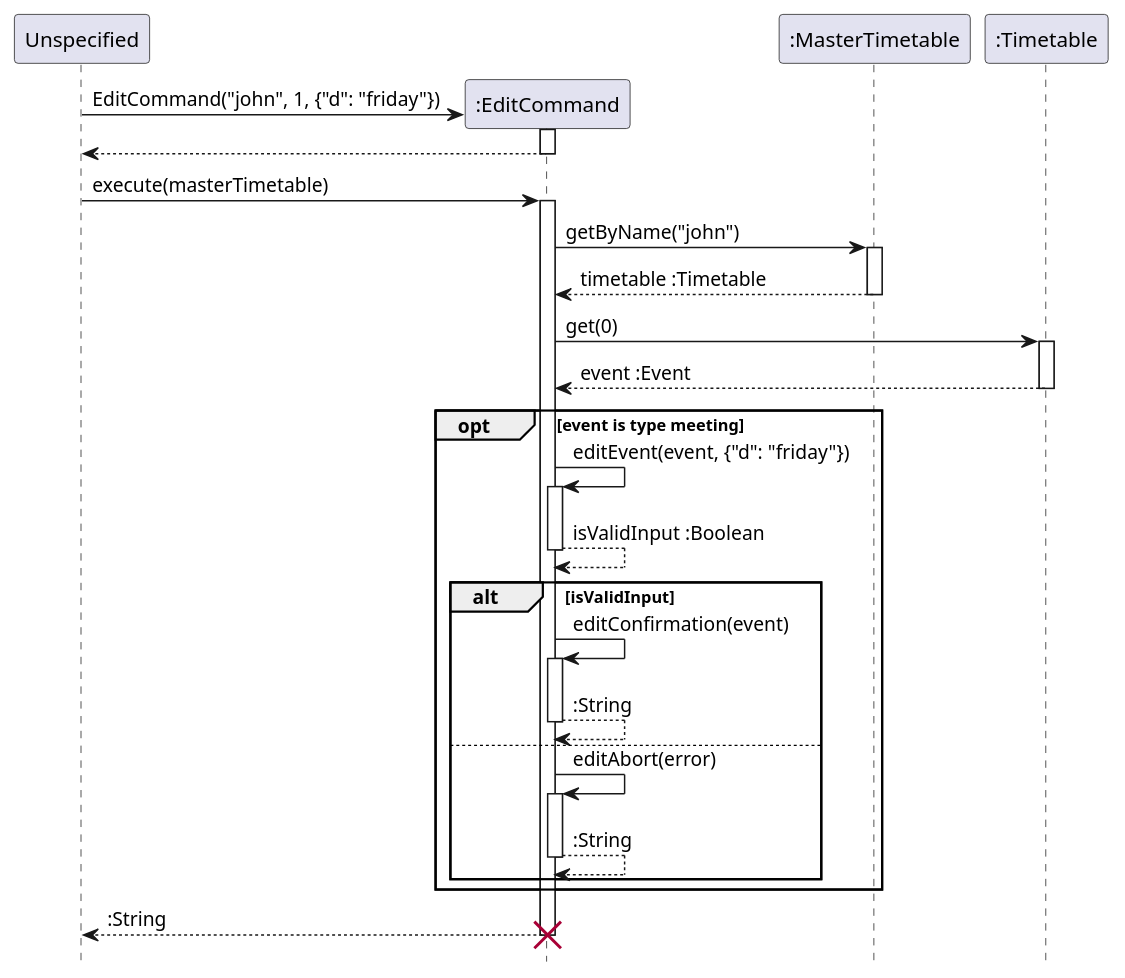
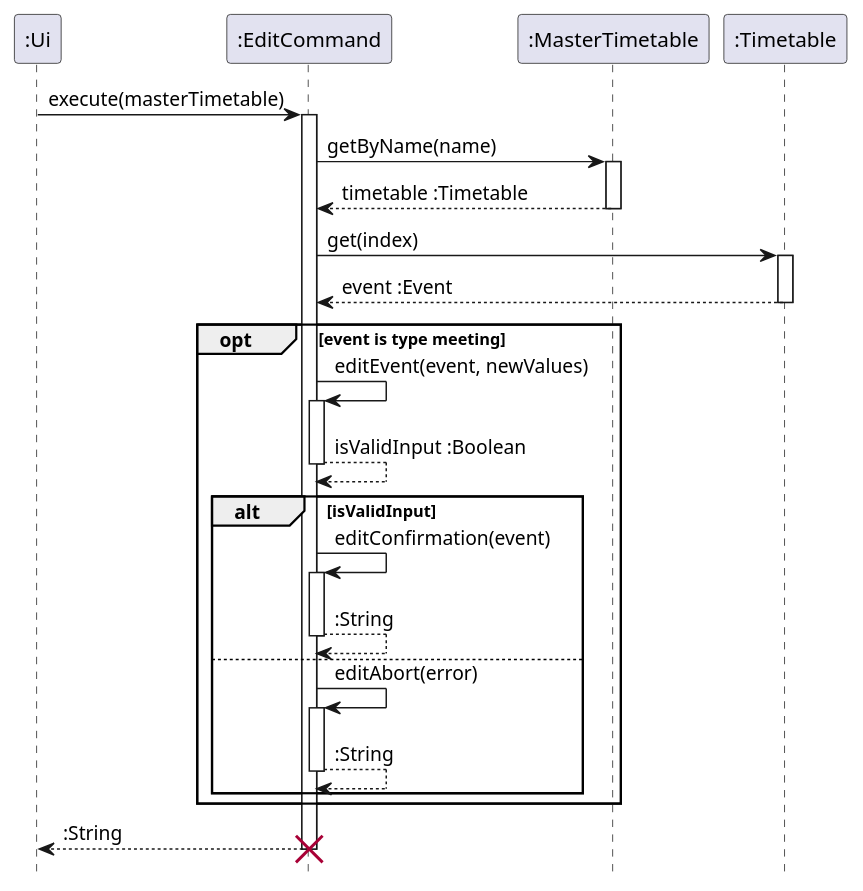
The diagram in docs/diagrams/EditCommandSequenceDiagram.puml (nus-cs2113-AY2122S2/tp), drawn with PlantUML before and after one commit. The commit also changed 7 other files, not shown here.

Commit message:
Update sequence diagram

```diff
--- a/docs/diagrams/EditCommandSequenceDiagram.puml
+++ b/docs/diagrams/EditCommandSequenceDiagram.puml
@@ -1,52 +1,46 @@
 @startuml
 hide footbox
 
-participant "Unspecified" as none
+participant ":Ui" as Ui
 participant ":EditCommand" as Command
 participant ":MasterTimetable" as Master
 participant ":Timetable" as Timetable
 
-create Command
-none -> Command : EditCommand("john", 1, {"d": "friday"})
-activate Command
-none <-- Command :
-deactivate Command
-
-none -> Command : execute(masterTimetable)
+Ui -> Command : execute(masterTimetable)
 activate Command
 
-Command ->  Master : getByName("john")
+Command ->  Master : getByName(name)
 activate Master
 Command <-- Master : timetable :Timetable
 deactivate Master
 
-Command -> Timetable : get(0)
+Command -> Timetable : get(index)
 activate Timetable
 Command <-- Timetable : event :Event
 deactivate Timetable
 
 opt event is type meeting
-Command -> Command : editEvent(event, {"d": "friday"})
+Command -> Command : editEvent(event, newValues)
 activate Command
 Command --> Command : isValidInput :Boolean
 deactivate Command
 
 alt isValidInput
 Command -> Command : editConfirmation(event)
 activate Command
 Command --> Command : :String
 deactivate Command
 
 else
 Command -> Command : editAbort(error)
 activate Command
 Command --> Command : :String
 deactivate Command
 end
 
 end
-none <-- Command : :String
+Ui <-- Command : :String
 deactivate Command
 destroy Command
 
 @enduml
```
